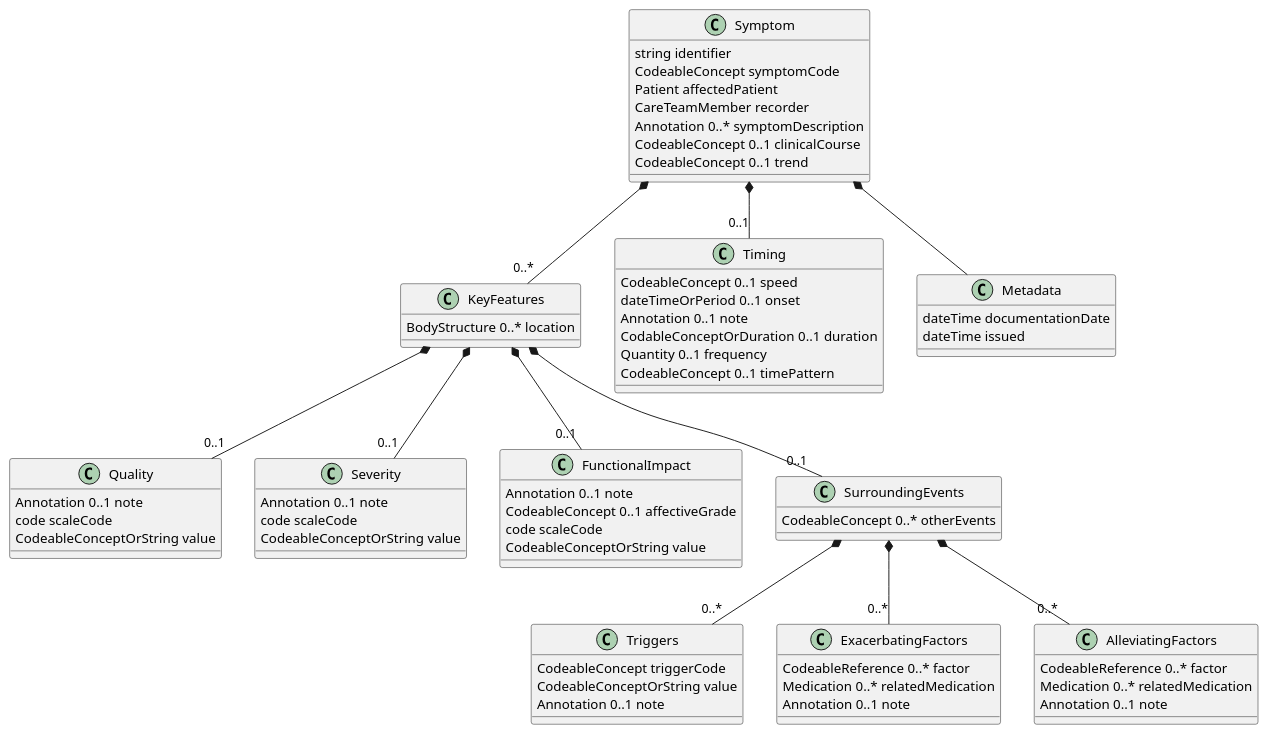
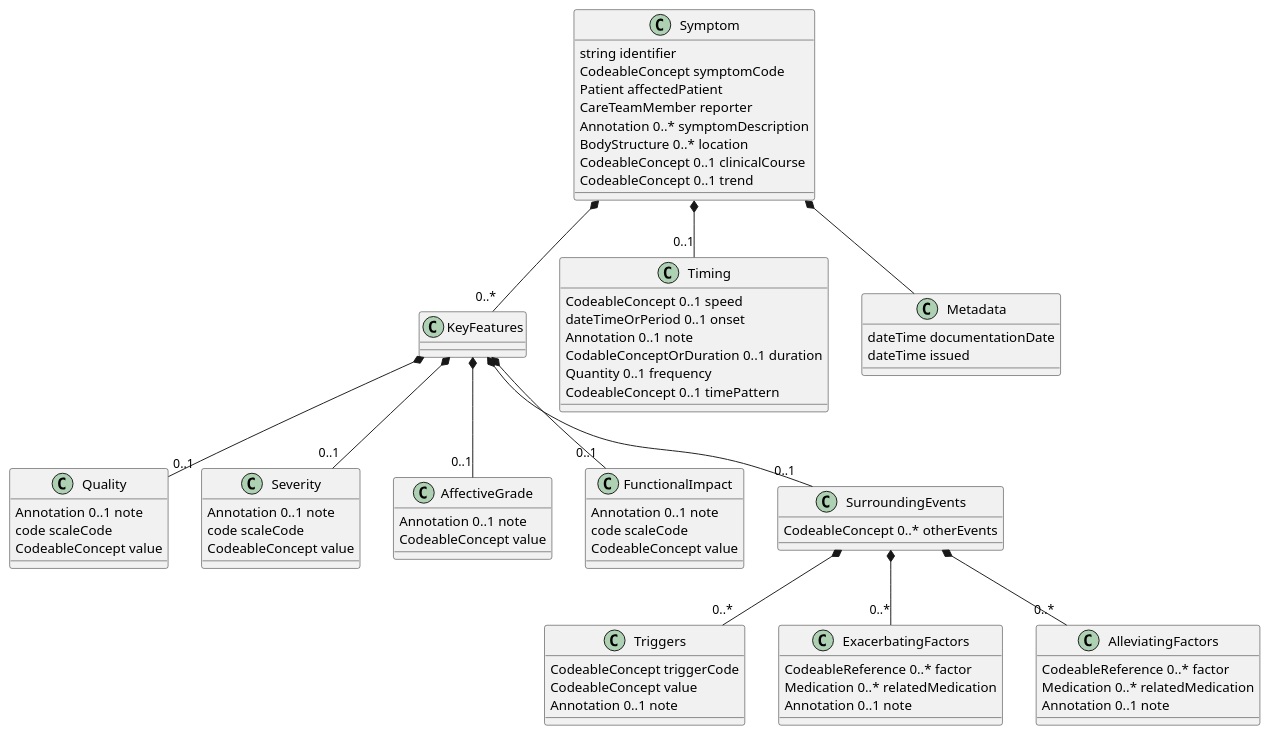
The diagram in input/images-source/SymptomLogicalModel.plantuml (HL7/fhir-symptoms-ig), drawn with PlantUML before and after one commit. The commit also changed 7 other files, not shown here.

```diff
--- a/input/images-source/SymptomLogicalModel.plantuml
+++ b/input/images-source/SymptomLogicalModel.plantuml
@@ -1,73 +1,77 @@
 @startuml
 class Symptom {
   string identifier
   CodeableConcept symptomCode
   Patient affectedPatient
-  CareTeamMember recorder
+  CareTeamMember reporter
   Annotation 0..* symptomDescription
+  BodyStructure 0..* location
   CodeableConcept 0..1 clinicalCourse
   CodeableConcept 0..1 trend
 }
 Symptom *-- "0..*" KeyFeatures
 class KeyFeatures {
-  BodyStructure 0..* location
 }
 KeyFeatures *-- "0..1" Quality
 class Quality {
   Annotation 0..1 note
   code scaleCode
-  CodeableConceptOrString value
+  CodeableConcept value
 }
 KeyFeatures *-- "0..1" Severity
 class Severity {
   Annotation 0..1 note
   code scaleCode
-  CodeableConceptOrString value
+  CodeableConcept value
+}
+KeyFeatures *-- "0..1" AffectiveGrade
+class AffectiveGrade {
+  Annotation 0..1 note
+  CodeableConcept value
 }
 KeyFeatures *-- "0..1" FunctionalImpact
 class FunctionalImpact {
   Annotation 0..1 note
-  CodeableConcept 0..1 affectiveGrade
   code scaleCode
-  CodeableConceptOrString value
+  CodeableConcept value
 }
 KeyFeatures *-- "0..1" SurroundingEvents
 class SurroundingEvents {
   CodeableConcept 0..* otherEvents
 }
 SurroundingEvents *-- "0..*" Triggers
 class Triggers {
   CodeableConcept triggerCode
-  CodeableConceptOrString value
+  CodeableConcept value
   Annotation 0..1 note
 }
 SurroundingEvents *-- "0..*" ExacerbatingFactors
 class ExacerbatingFactors {
   CodeableReference 0..* factor
   Medication 0..* relatedMedication
   Annotation 0..1 note
 }
 SurroundingEvents *-- "0..*" AlleviatingFactors
 class AlleviatingFactors {
   CodeableReference 0..* factor
   Medication 0..* relatedMedication
   Annotation 0..1 note
 }
 
 Symptom *-- "0..1" Timing
 class Timing {
   CodeableConcept 0..1 speed
   dateTimeOrPeriod 0..1 onset
   Annotation 0..1 note
   CodableConceptOrDuration 0..1 duration
   Quantity 0..1 frequency
   CodeableConcept 0..1 timePattern
 }
 
 Symptom *-- Metadata
 class Metadata {
 dateTime documentationDate
 dateTime issued
 }
 
 @enduml
```
